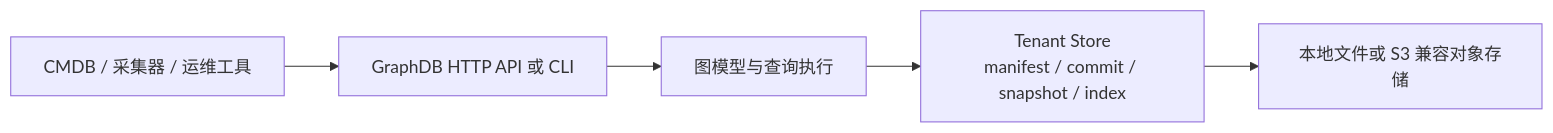
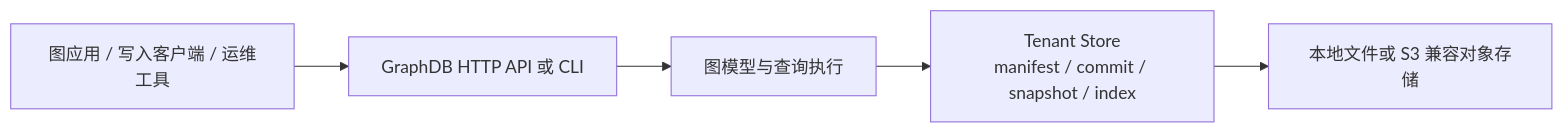
Before and after one commit to SamuelSupe/graphdb: the diagram in docs/database-introduction.zh-CN.md, drawn with Mermaid. The commit also changed other lines of this file and 17 other files, not shown here.

Commit message:
docs: refresh general graph documentation

````diff
--- a/docs/database-introduction.zh-CN.md
+++ b/docs/database-introduction.zh-CN.md
@@ -61,7 +61,7 @@
 ```mermaid
 flowchart LR
-  Client["CMDB / 采集器 / 运维工具"] --> API["GraphDB HTTP API 或 CLI"]
+  Client["图应用 / 写入客户端 / 运维工具"] --> API["GraphDB HTTP API 或 CLI"]
   API --> Graph["图模型与查询执行"]
   Graph --> Store["Tenant Store\nmanifest / commit / snapshot / index"]
   Store --> Object["本地文件或 S3 兼容对象存储"]
 ```
````
